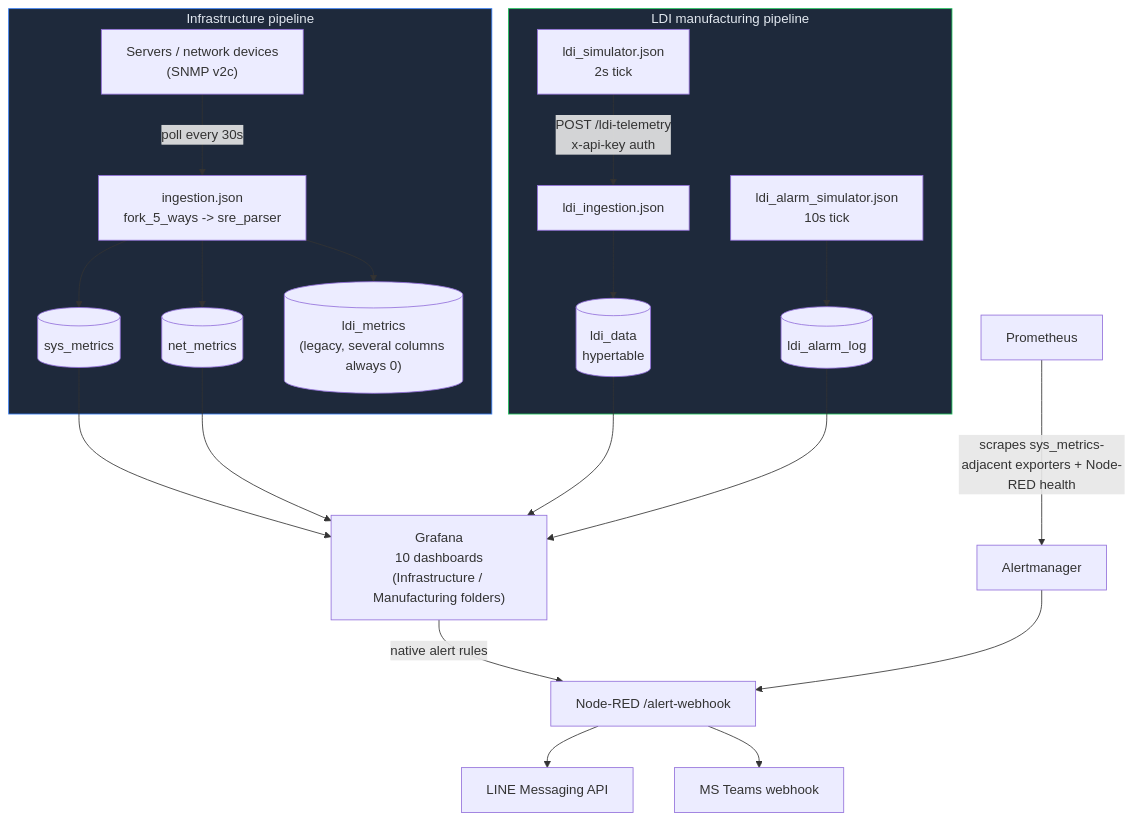
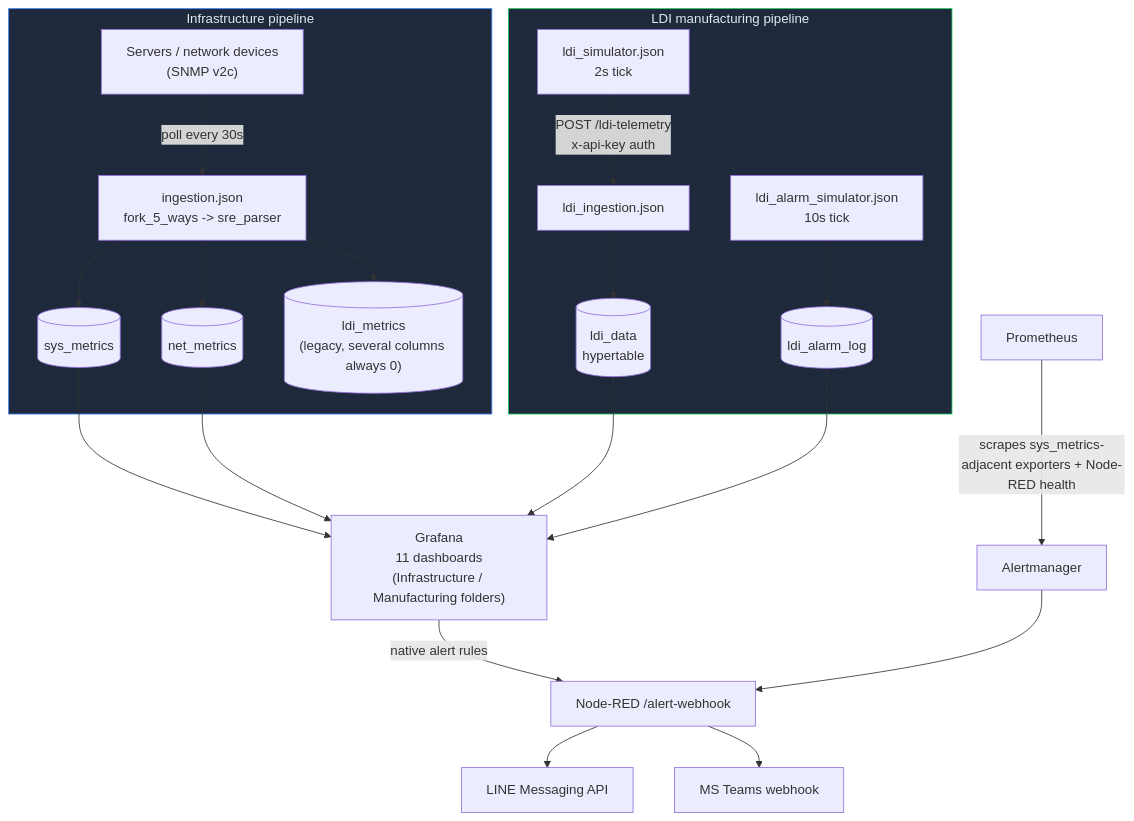
One commit to PATTANAKORN025/IMS changed the first of 3 diagrams in docs/architecture/DATA_FLOW.md. Above: the diagram before and after it, drawn with Mermaid. The commit also changed 7 other files, not shown here.

````diff
--- a/docs/architecture/DATA_FLOW.md
+++ b/docs/architecture/DATA_FLOW.md
@@ -11,29 +11,29 @@
 ```mermaid
 flowchart TB
     subgraph INFRA["Infrastructure pipeline"]
         DEV["Servers / network devices\n(SNMP v2c)"] -->|"poll every 30s"| WALK["ingestion.json\nfork_5_ways -> sre_parser"]
         WALK --> SYS[("sys_metrics")]
         WALK --> NET[("net_metrics")]
         WALK --> LDIM[("ldi_metrics\n(legacy, several columns always 0)")]
     end
 
     subgraph LDI["LDI manufacturing pipeline"]
         SIM["ldi_simulator.json\n2s tick"] -->|"POST /ldi-telemetry\nx-api-key auth"| ING["ldi_ingestion.json"]
         ING --> LDID[("ldi_data\nhypertable")]
         ALMSIM["ldi_alarm_simulator.json\n10s tick"] --> ALOG[("ldi_alarm_log")]
     end
 
-    SYS --> GRAFANA["Grafana\n10 dashboards\n(Infrastructure / Manufacturing folders)"]
+    SYS --> GRAFANA["Grafana\n11 dashboards\n(Infrastructure / Manufacturing folders)"]
     NET --> GRAFANA
     LDID --> GRAFANA
     ALOG --> GRAFANA
 
     GRAFANA -->|"native alert rules"| WEBHOOK["Node-RED /alert-webhook"]
     PROM["Prometheus"] -->|"scrapes sys_metrics-adjacent exporters + Node-RED health"| AM["Alertmanager"]
     AM --> WEBHOOK
     WEBHOOK --> LINE["LINE Messaging API"]
     WEBHOOK --> TEAMS["MS Teams webhook"]
 
     style INFRA fill:#1e293b,stroke:#3b82f6,color:#e2e8f0
     style LDI fill:#1e293b,stroke:#22c55e,color:#e2e8f0
 ```
````
